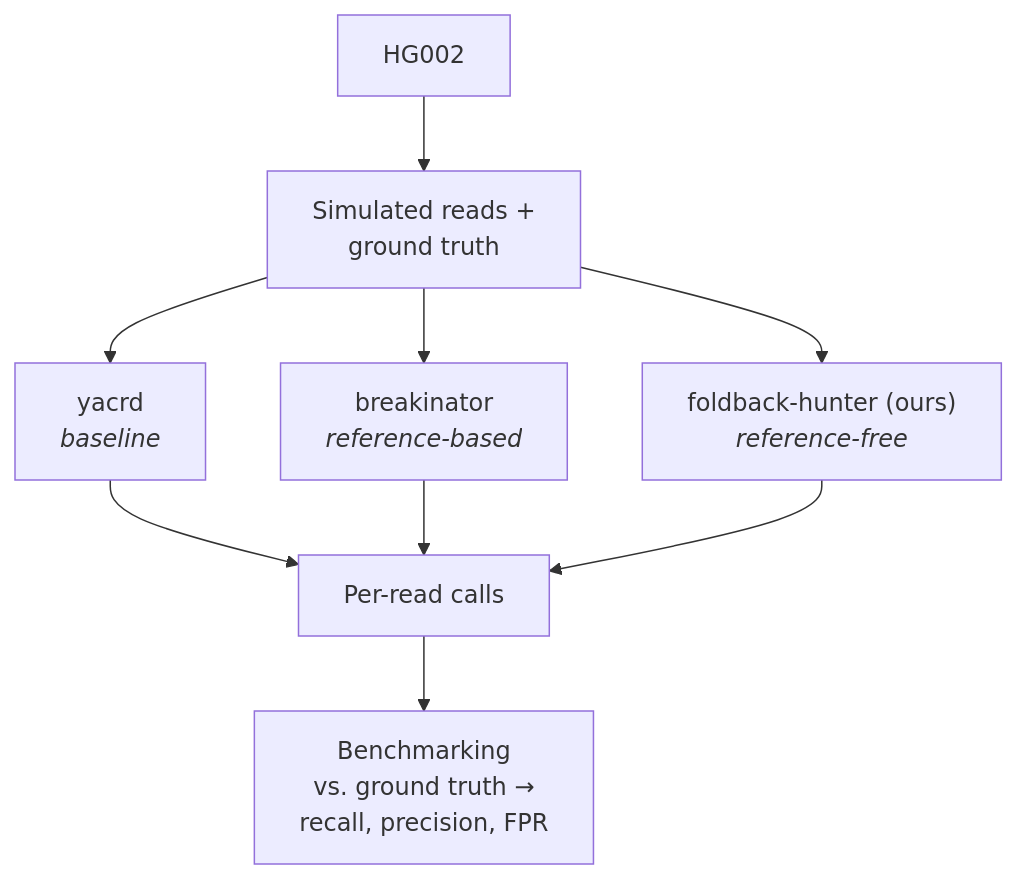
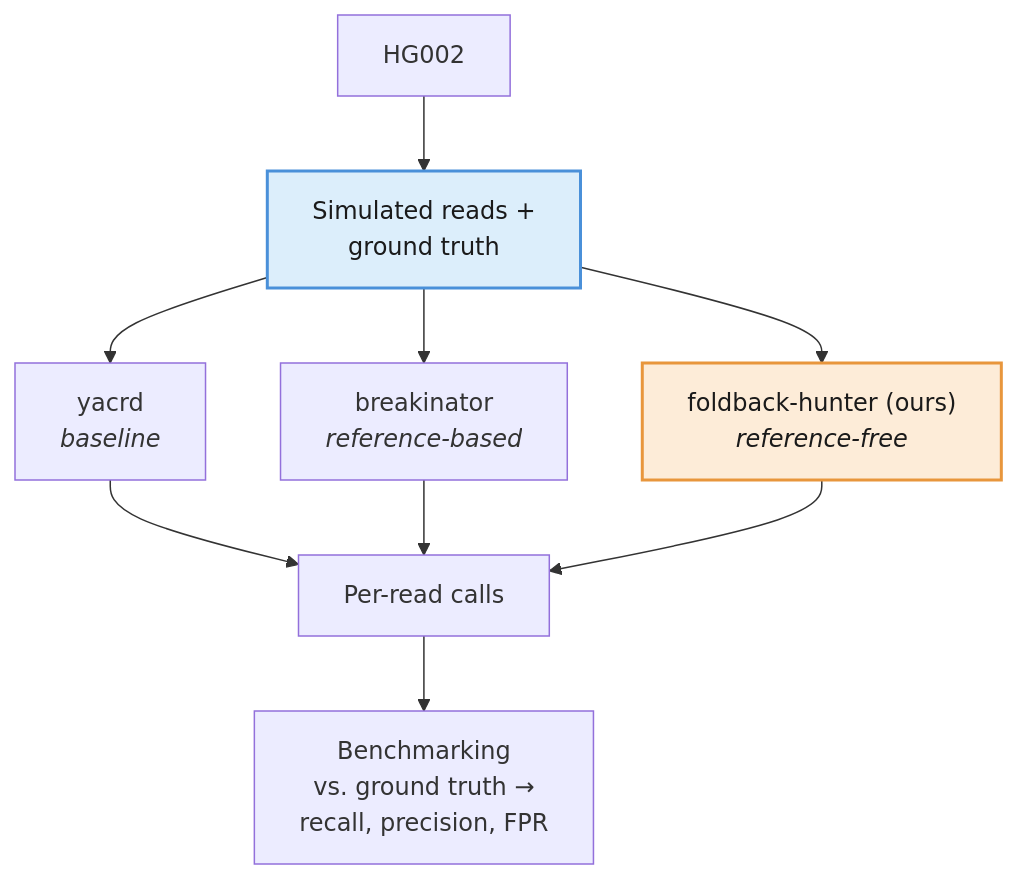
Before and after one commit to collaborativebioinformatics/Foldback_hunters: the first of 4 diagrams in charts.md, drawn with Mermaid. The commit also changed other lines of this file, not shown here.

````diff
--- a/charts.md
+++ b/charts.md
@@ -3,14 +3,19 @@
 ```mermaid
 flowchart TD
     B1[HG002] --> B2[Simulated reads +<br/>ground truth]
 
     B2 --> BASE[yacrd<br/><i>baseline</i>]
     B2 --> RB["breakinator<br/><i>reference-based</i>"]
     B2 --> RF["foldback-hunter (ours)<br/><i>reference-free</i>"]
 
     BASE --> CALLS[Per-read calls]
     RB --> CALLS
     RF --> CALLS
 
     CALLS --> D["Benchmarking<br/>vs. ground truth →<br/>recall, precision, FPR"]
+
+    classDef detailA fill:#DCEEFB,stroke:#4A90D9,stroke-width:2px,color:#1a1a1a;
+    classDef detailC fill:#FDECD8,stroke:#E8963C,stroke-width:2px,color:#1a1a1a;
+    class B2 detailA;
+    class RF detailC;
 ```
````
